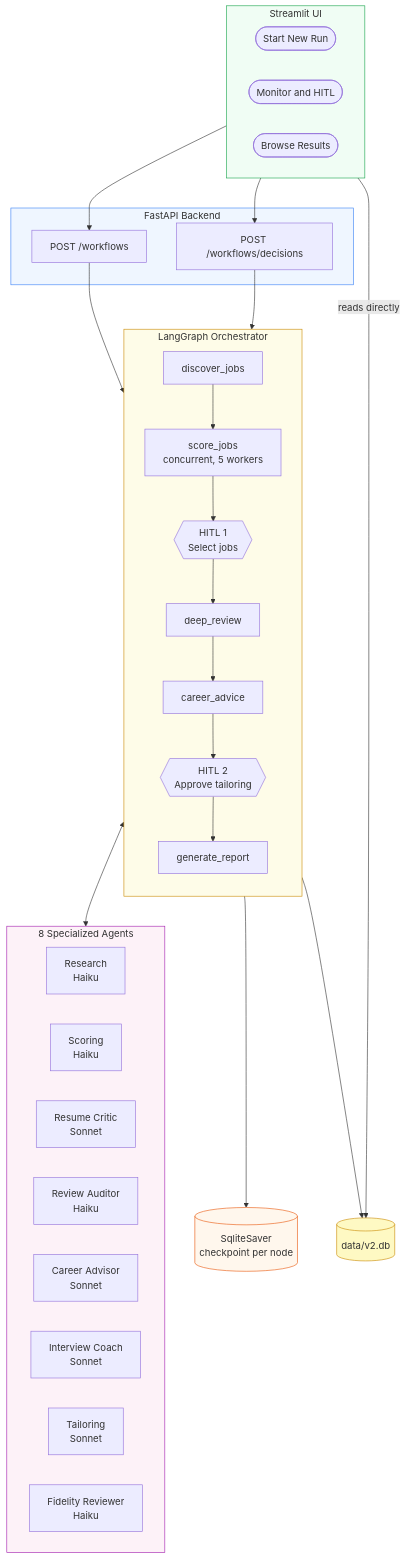
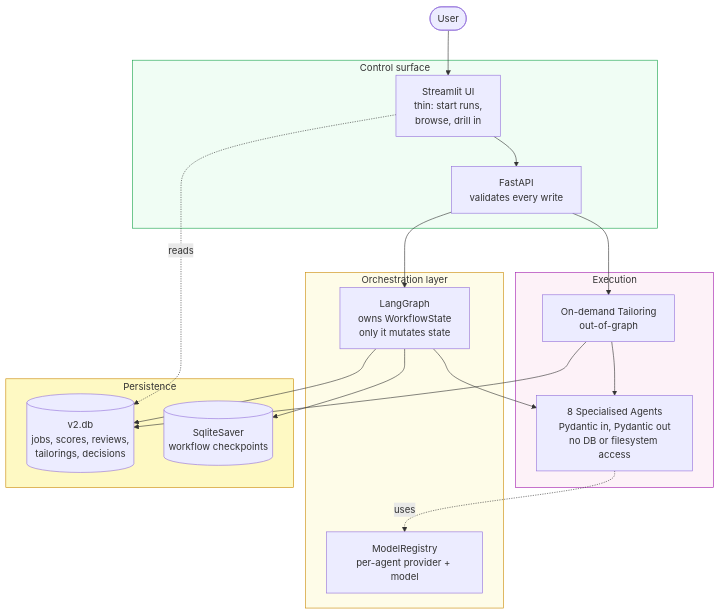
The second of 3 diagrams in docs/blog_v2_article1.md (suthrams/jobsearchagent-v2), drawn with Mermaid before and after one commit. The commit also changed other lines of this file, not shown here.

````diff
--- a/docs/blog_v2_article1.md
+++ b/docs/blog_v2_article1.md
@@ -100,58 +78,41 @@
 ```mermaid
 flowchart TB
-    subgraph FRONTEND ["Streamlit UI"]
-        direction LR
-        F1(["Start New Run"])
-        F2(["Monitor and HITL"])
-        F3(["Browse Results"])
+    USER([User])
+
+    subgraph CTRL ["Control surface"]
+        UI["Streamlit UI<br/>thin: start runs,<br/>browse, drill in"]
+        API["FastAPI<br/>validates every write"]
     end
 
-    subgraph BACKEND ["FastAPI Backend"]
-        B1["POST /workflows"]
-        B2["POST /workflows/decisions"]
+    subgraph ORCH ["Orchestration layer"]
+        GRAPH["LangGraph<br/>owns WorkflowState<br/>only it mutates state"]
+        REG["ModelRegistry<br/>per-agent provider + model"]
     end
 
-    subgraph WORKFLOW ["LangGraph Orchestrator"]
-        direction TB
-        W1["discover_jobs"]
-        W2["score_jobs<br/>concurrent, 5 workers"]
-        W3{{"HITL 1<br/>Select jobs"}}
-        W4["deep_review"]
-        W5["career_advice"]
-        W6{{"HITL 2<br/>Approve tailoring"}}
-        W7["generate_report"]
-
-        W1 --> W2 --> W3 --> W4 --> W5 --> W6 --> W7
+    subgraph EXEC ["Execution"]
+        AGENTS["8 Specialised Agents<br/>Pydantic in, Pydantic out<br/>no DB or filesystem access"]
+        TAILOR["On-demand Tailoring<br/>out-of-graph"]
     end
 
-    subgraph AGENTS ["8 Specialized Agents"]
-        direction LR
-        A1["Research<br/>Haiku"]
-        A2["Scoring<br/>Haiku"]
-        A3["Resume Critic<br/>Sonnet"]
-        A4["Review Auditor<br/>Haiku"]
-        A5["Career Advisor<br/>Sonnet"]
-        A6["Interview Coach<br/>Sonnet"]
-        A7["Tailoring<br/>Sonnet"]
-        A8["Fidelity Reviewer<br/>Haiku"]
+    subgraph PERSIST ["Persistence"]
+        DB[("v2.db<br/>jobs, scores, reviews,<br/>tailorings, decisions")]
+        CP[("SqliteSaver<br/>workflow checkpoints")]
     end
 
-    CP[("SqliteSaver<br/>checkpoint per node")]
-    DB[("data/v2.db")]
+    USER --> UI
+    UI --> API
+    UI -.reads.-> DB
+    API --> GRAPH
+    API --> TAILOR
+    GRAPH --> AGENTS
+    TAILOR --> AGENTS
+    AGENTS -.uses.-> REG
+    GRAPH --> CP
+    GRAPH --> DB
+    TAILOR --> DB
 
-    F1 --> B1
-    F2 --> B2
-    B1 --> WORKFLOW
-    B2 --> WORKFLOW
-    WORKFLOW <--> AGENTS
-    WORKFLOW --> CP
-    WORKFLOW --> DB
-    F3 -->|reads directly| DB
-
-    style FRONTEND fill:#f0fdf4,stroke:#16a34a
-    style BACKEND fill:#eff6ff,stroke:#3b82f6
-    style WORKFLOW fill:#fefce8,stroke:#ca8a04
-    style AGENTS fill:#fdf2f8,stroke:#a21caf
-    style CP fill:#fff7ed,stroke:#ea580c
-    style DB fill:#fef9c3,stroke:#ca8a04
+    style CTRL fill:#f0fdf4,stroke:#16a34a
+    style ORCH fill:#fefce8,stroke:#ca8a04
+    style EXEC fill:#fdf2f8,stroke:#a21caf
+    style PERSIST fill:#fef9c3,stroke:#ca8a04
 ```
````
